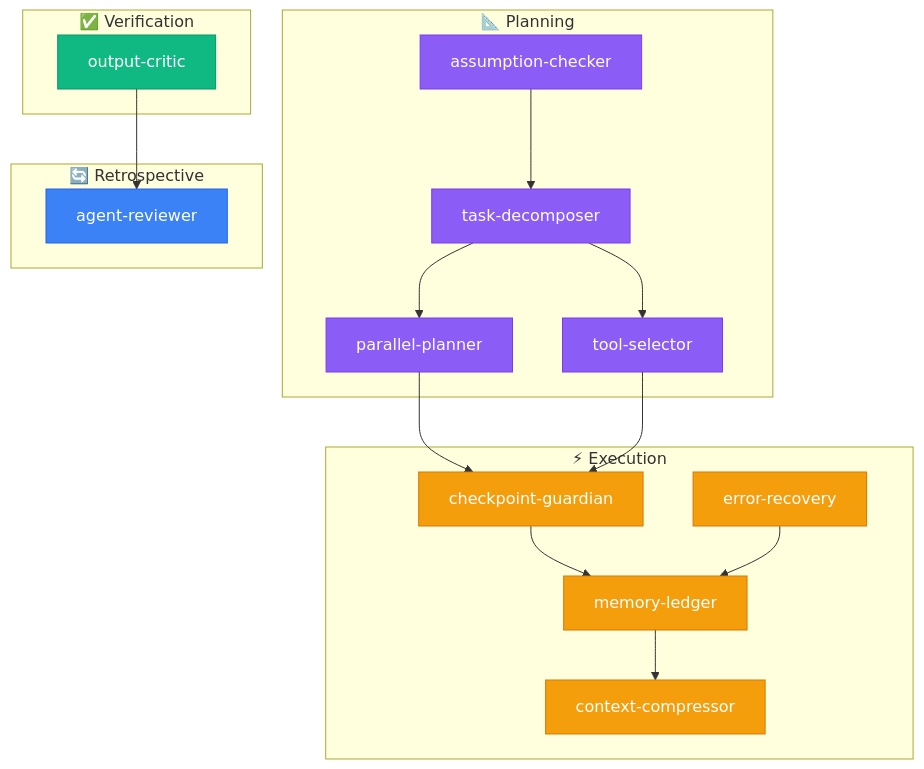
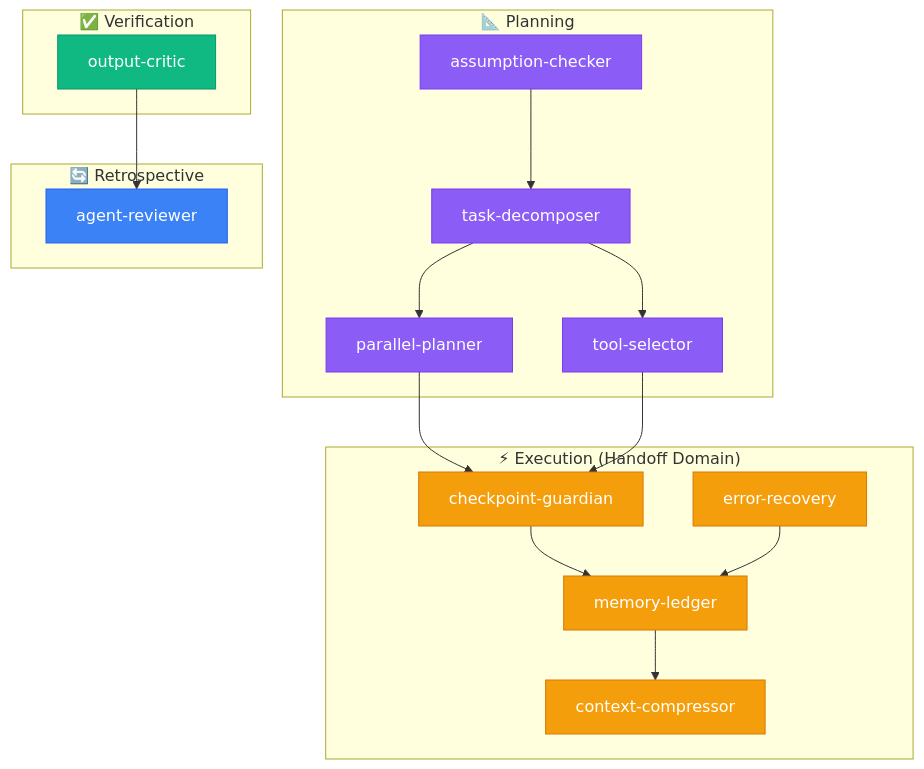
Before and after one commit to fatih-developer/fth-skills: the diagram in README.md, drawn with Mermaid. The commit also changed other lines of this file, not shown here.

````diff
--- a/README.md
+++ b/README.md
@@ -71,41 +110,41 @@
 ```mermaid
 graph TD
     subgraph "📐 Planning"
         AC["assumption-checker"] --> TD["task-decomposer"]
         TD --> PP["parallel-planner"]
         TD --> TS["tool-selector"]
     end
 
-    subgraph "⚡ Execution"
+    subgraph "⚡ Execution (Handoff Domain)"
         CG["checkpoint-guardian"]
         ML["memory-ledger"]
         ER["error-recovery"]
         CC["context-compressor"]
     end
 
     subgraph "✅ Verification"
         OC["output-critic"]
     end
 
     subgraph "🔄 Retrospective"
         AR["agent-reviewer"]
     end
 
     PP --> CG
     TS --> CG
     CG --> ML
     ER --> ML
     ML --> CC
     OC --> AR
 
     style AC fill:#8b5cf6,stroke:#7c3aed,color:#fff
     style TD fill:#8b5cf6,stroke:#7c3aed,color:#fff
     style PP fill:#8b5cf6,stroke:#7c3aed,color:#fff
     style TS fill:#8b5cf6,stroke:#7c3aed,color:#fff
     style CG fill:#f59e0b,stroke:#d97706,color:#fff
     style ML fill:#f59e0b,stroke:#d97706,color:#fff
     style ER fill:#f59e0b,stroke:#d97706,color:#fff
     style CC fill:#f59e0b,stroke:#d97706,color:#fff
     style OC fill:#10b981,stroke:#059669,color:#fff
     style AR fill:#3b82f6,stroke:#2563eb,color:#fff
 ```
````
